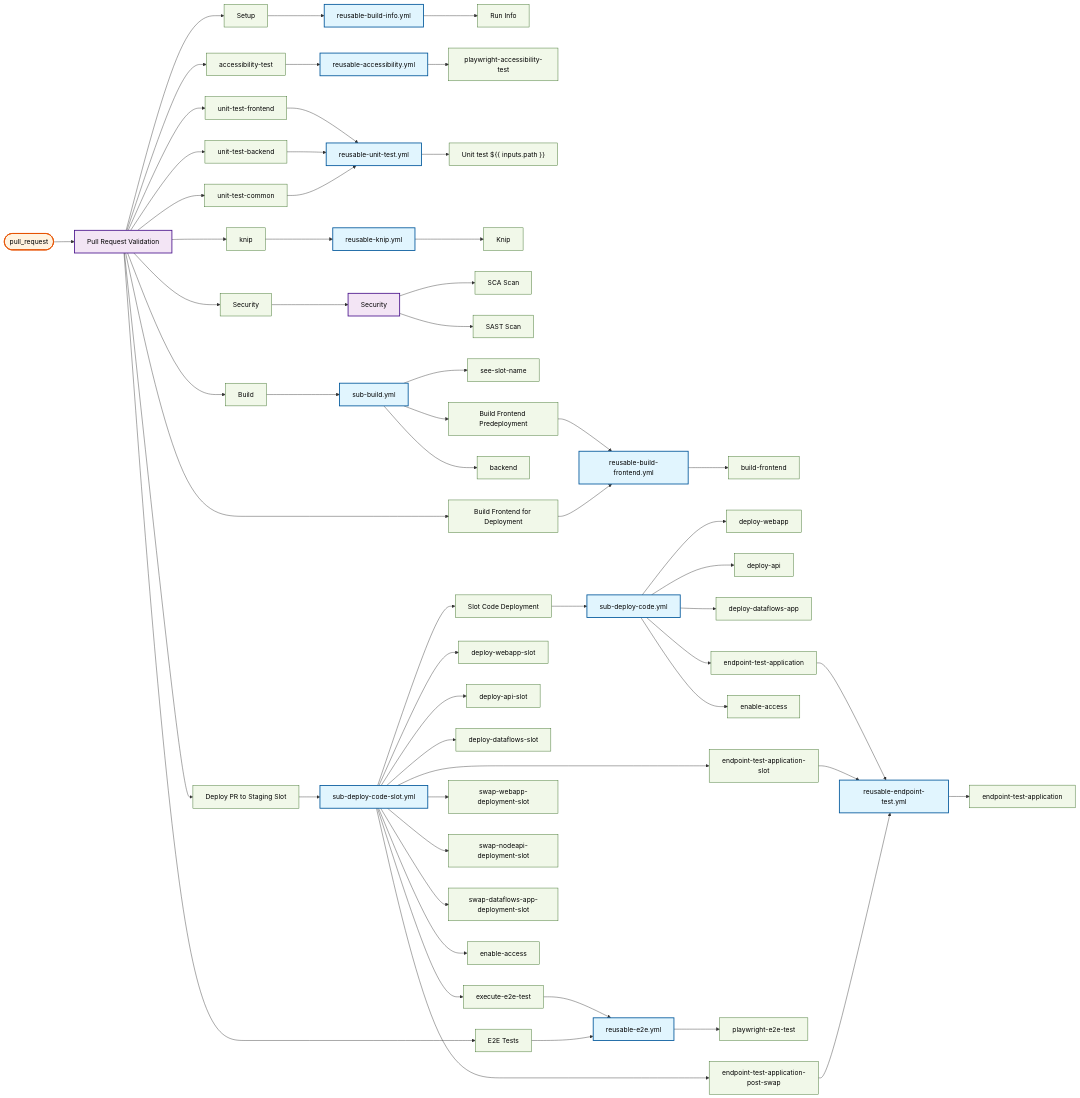
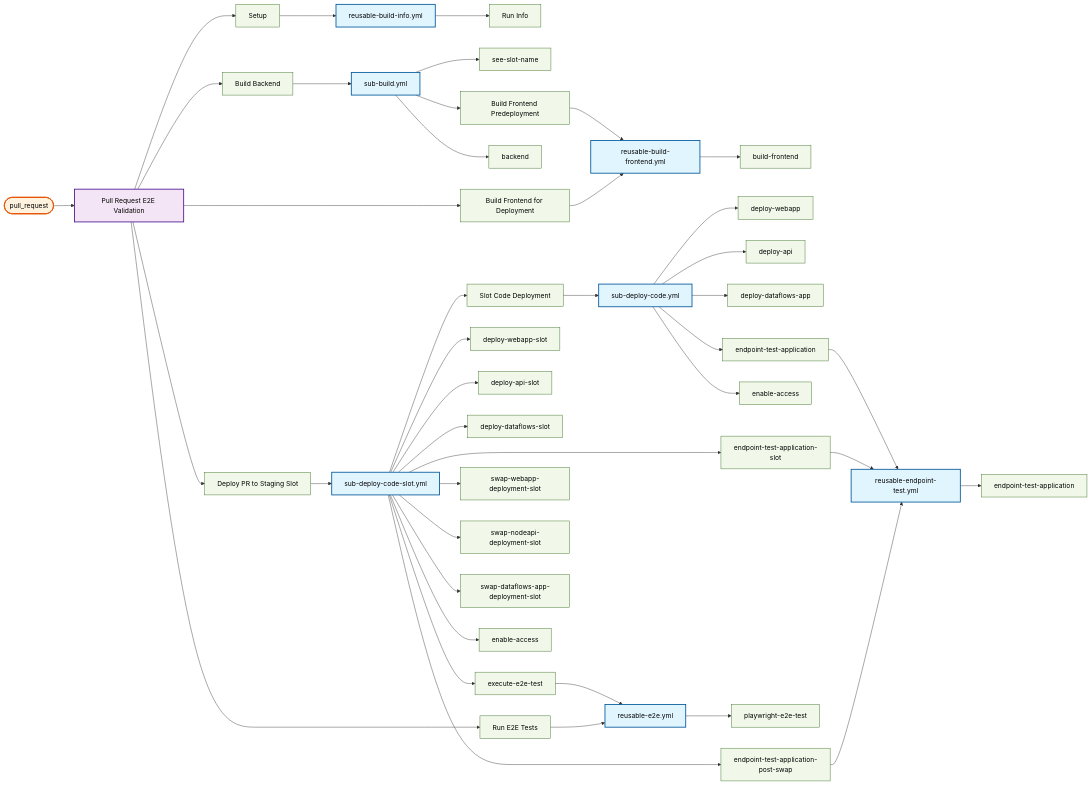
The sixth of 22 diagrams in docs/operations/workflow-diagram.md (US-Trustee-Program/Bankruptcy-Oversight-Support-Systems), drawn with Mermaid before and after one commit. The commit also changed other lines of this file and 1 other file, not shown here.

Commit message:
Simplify PR validation to only run e2e tests
Remove redundant CI checks that continuous-deployment already runs on main.
The PR validation workflow exists solely to gate merges with e2e tests, so
it should only build, deploy, and test - not duplicate unit tests,
accessibility tests, security scans, and knip checks.

Also remove synchronize trigger so workflow only runs when explicitly
requested via ready_for_review or run-e2e-tests label.

````diff
--- a/docs/operations/workflow-diagram.md
+++ b/docs/operations/workflow-diagram.md
@@ -82,26 +82,11 @@
 ```mermaid
 flowchart LR
     trigger_pull_request(["pull_request"])
-    pr_validation_yml["Pull Request Validation"]
+    pr_validation_yml["Pull Request E2E Validation"]
     pr_validation_yml_setup["Setup"]
     reusable_build_info_yml["reusable-build-info.yml"]
     reusable_build_info_yml_build_info["Run Info"]
-    pr_validation_yml_accessibility_test["accessibility-test"]
-    reusable_accessibility_yml["reusable-accessibility.yml"]
-    reusable_accessibility_yml_playwright_accessibility_test["playwright-accessibility-test"]
-    pr_validation_yml_unit_test_frontend["unit-test-frontend"]
-    reusable_unit_test_yml["reusable-unit-test.yml"]
-    reusable_unit_test_yml_unit_test["Unit test ${{ inputs.path }}"]
-    pr_validation_yml_unit_test_backend["unit-test-backend"]
-    pr_validation_yml_unit_test_common["unit-test-common"]
-    pr_validation_yml_knip["knip"]
-    reusable_knip_yml["reusable-knip.yml"]
-    reusable_knip_yml_knip["Knip"]
-    pr_validation_yml_security_scan["Security"]
-    sub_security_scan_yml["Security"]
-    sub_security_scan_yml_sca_scan["SCA Scan"]
-    sub_security_scan_yml_sast_scan["SAST Scan"]
-    pr_validation_yml_build["Build"]
+    pr_validation_yml_build["Build Backend"]
     sub_build_yml["sub-build.yml"]
     sub_build_yml_see_slot_name["see-slot-name"]
     sub_build_yml_build_frontend_predeployment["Build Frontend Predeployment"]
@@ -132,29 +117,12 @@
     sub_deploy_code_slot_yml_swap_dataflows_app_deployment_slot["swap-dataflows-app-deployment-slot"]
     sub_deploy_code_slot_yml_endpoint_test_application_post_swap["endpoint-test-application-post-swap"]
     sub_deploy_code_slot_yml_enable_access["enable-access"]
-    pr_validation_yml_execute_pr_e2e["E2E Tests"]
+    pr_validation_yml_execute_pr_e2e["Run E2E Tests"]
 
     trigger_pull_request --> pr_validation_yml
     pr_validation_yml --> pr_validation_yml_setup
     reusable_build_info_yml --> reusable_build_info_yml_build_info
     pr_validation_yml_setup --> reusable_build_info_yml
-    pr_validation_yml --> pr_validation_yml_accessibility_test
-    reusable_accessibility_yml --> reusable_accessibility_yml_playwright_accessibility_test
-    pr_validation_yml_accessibility_test --> reusable_accessibility_yml
-    pr_validation_yml --> pr_validation_yml_unit_test_frontend
-    reusable_unit_test_yml --> reusable_unit_test_yml_unit_test
-    pr_validation_yml_unit_test_frontend --> reusable_unit_test_yml
-    pr_validation_yml --> pr_validation_yml_unit_test_backend
-    pr_validation_yml_unit_test_backend --> reusable_unit_test_yml
-    pr_validation_yml --> pr_validation_yml_unit_test_common
-    pr_validation_yml_unit_test_common --> reusable_unit_test_yml
-    pr_validation_yml --> pr_validation_yml_knip
-    reusable_knip_yml --> reusable_knip_yml_knip
-    pr_validation_yml_knip --> reusable_knip_yml
-    pr_validation_yml --> pr_validation_yml_security_scan
-    sub_security_scan_yml --> sub_security_scan_yml_sca_scan
-    sub_security_scan_yml --> sub_security_scan_yml_sast_scan
-    pr_validation_yml_security_scan --> sub_security_scan_yml
     pr_validation_yml --> pr_validation_yml_build
     sub_build_yml --> sub_build_yml_see_slot_name
     sub_build_yml --> sub_build_yml_build_frontend_predeployment
@@ -202,21 +170,6 @@
     class pr_validation_yml_setup job
     class reusable_build_info_yml reusable
     class reusable_build_info_yml_build_info job
-    class pr_validation_yml_accessibility_test job
-    class reusable_accessibility_yml reusable
-    class reusable_accessibility_yml_playwright_accessibility_test job
-    class pr_validation_yml_unit_test_frontend job
-    class reusable_unit_test_yml reusable
-    class reusable_unit_test_yml_unit_test job
-    class pr_validation_yml_unit_test_backend job
-    class pr_validation_yml_unit_test_common job
-    class pr_validation_yml_knip job
-    class reusable_knip_yml reusable
-    class reusable_knip_yml_knip job
-    class pr_validation_yml_security_scan job
-    class sub_security_scan_yml mainWorkflow
-    class sub_security_scan_yml_sca_scan job
-    class sub_security_scan_yml_sast_scan job
     class pr_validation_yml_build job
     class sub_build_yml reusable
     class sub_build_yml_see_slot_name job
````
